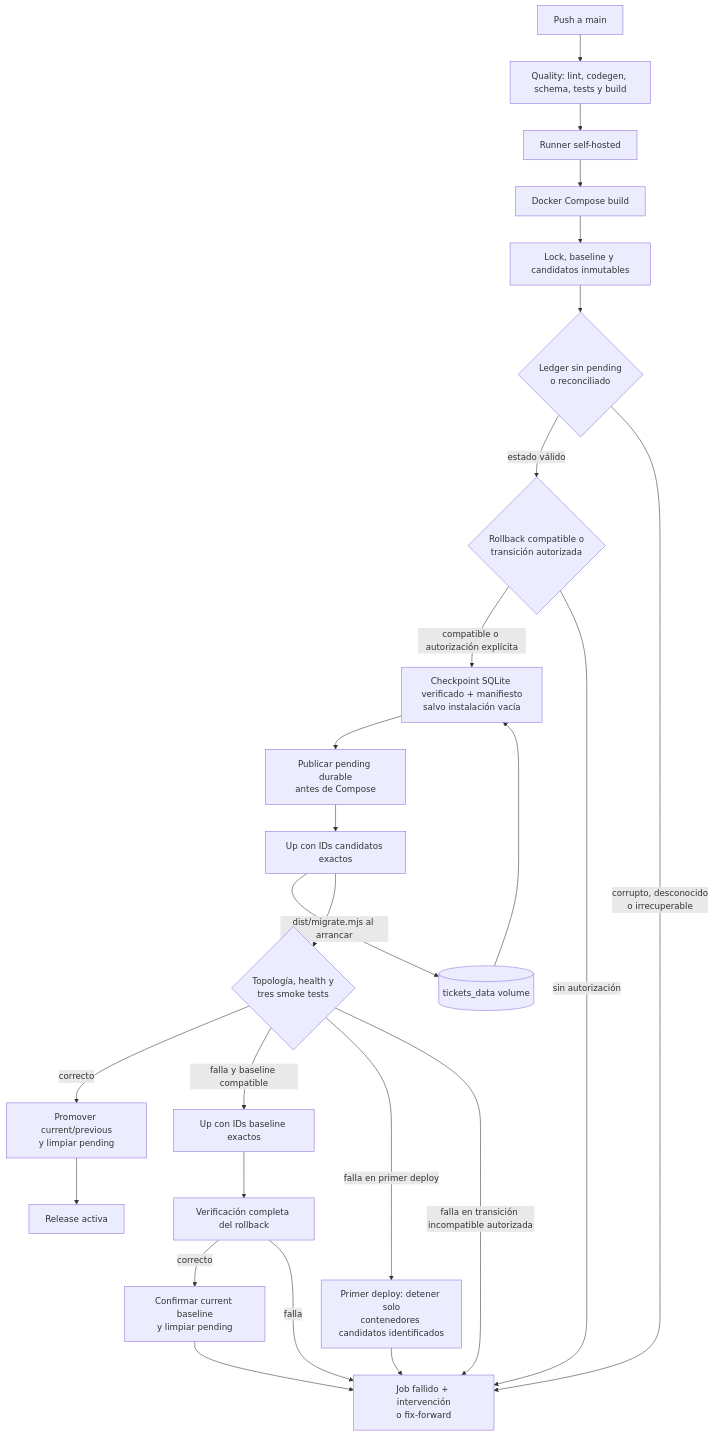
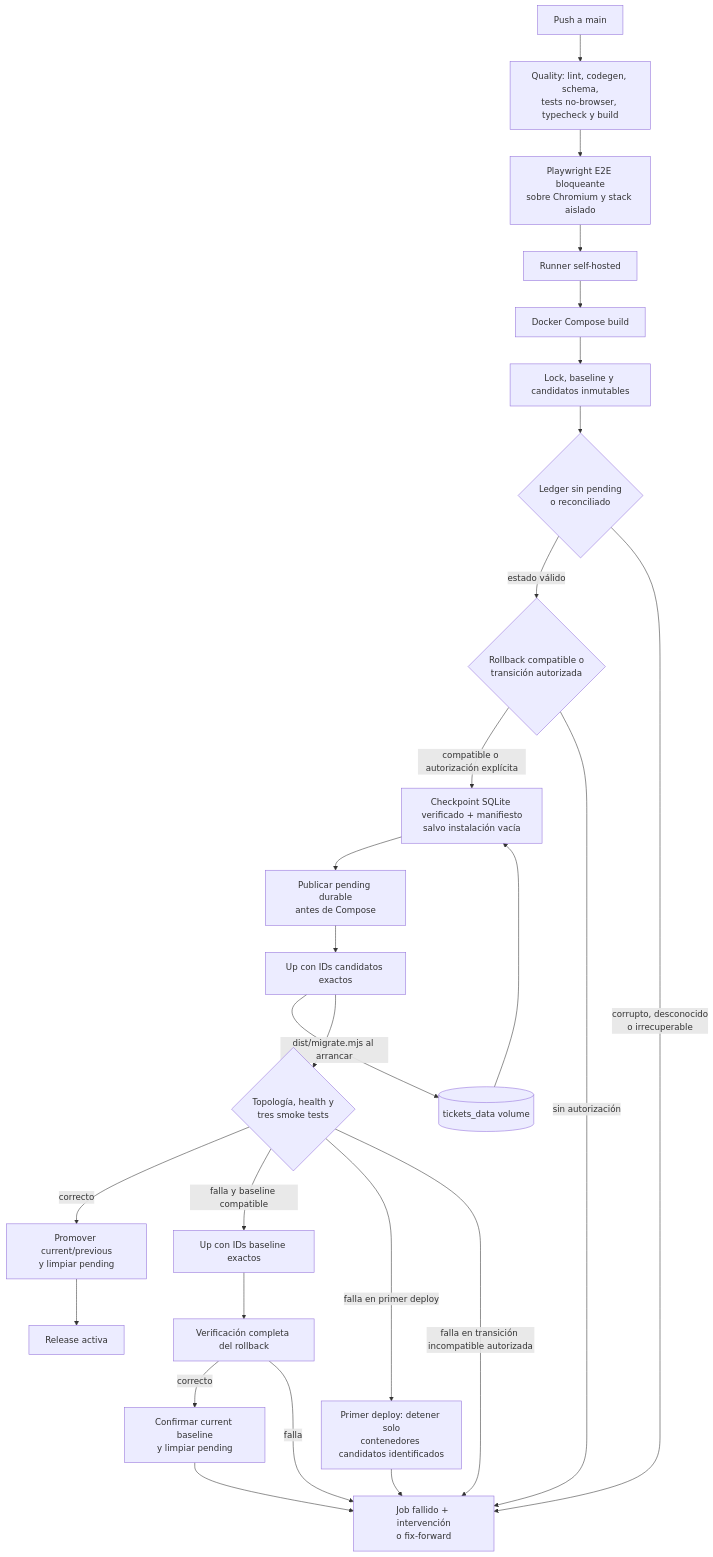
Before and after one commit to marianoLaclau/ticketsAdmin: diagram 12 of 12 in docs/ARQUITECTURA.MD, drawn with Mermaid. The commit also changed other lines of this file and 8 other files, not shown here.

````diff
--- a/docs/ARQUITECTURA.MD
+++ b/docs/ARQUITECTURA.MD
@@ -488,38 +507,39 @@
 ```mermaid
 flowchart TD
     git[Push a main]
-    quality[Quality: lint, codegen, schema, tests y build]
+    quality[Quality: lint, codegen, schema,<br/>tests no-browser, typecheck y build]
+    e2e[Playwright E2E bloqueante<br/>sobre Chromium y stack aislado]
     runner[Runner self-hosted]
     images[Docker Compose build]
     release[Lock, baseline y candidatos inmutables]
     reconcile{Ledger sin pending<br/>o reconciliado}
     gate{Rollback compatible o<br/>transición autorizada}
     checkpoint[Checkpoint SQLite verificado + manifiesto<br/>salvo instalación vacía]
     writeAhead[Publicar pending durable<br/>antes de Compose]
     rollout[Up con IDs candidatos exactos]
     verify{Topología, health y<br/>tres smoke tests}
     promote[Promover current/previous<br/>y limpiar pending]
     active[Release activa]
     rollback[Up con IDs baseline exactos]
     verifyRollback[Verificación completa del rollback]
     closeRollback[Confirmar current baseline<br/>y limpiar pending]
     contain[Primer deploy: detener solo<br/>contenedores candidatos identificados]
     intervention[Job fallido + intervención<br/>o fix-forward]
     volume[(tickets_data volume)]
 
-    git --> quality --> runner --> images --> release --> reconcile
+    git --> quality --> e2e --> runner --> images --> release --> reconcile
     reconcile -->|estado válido| gate
     reconcile -->|corrupto, desconocido<br/>o irrecuperable| intervention
     gate -->|compatible o autorización explícita| checkpoint
     gate -->|sin autorización| intervention
     volume --> checkpoint
     checkpoint --> writeAhead --> rollout
     rollout -->|dist/migrate.mjs al arrancar| volume
     rollout --> verify
     verify -->|correcto| promote --> active
     verify -->|falla y baseline compatible| rollback --> verifyRollback
     verifyRollback -->|correcto| closeRollback --> intervention
     verifyRollback -->|falla| intervention
     verify -->|falla en primer deploy| contain --> intervention
     verify -->|falla en transición incompatible autorizada| intervention
 ```
````
